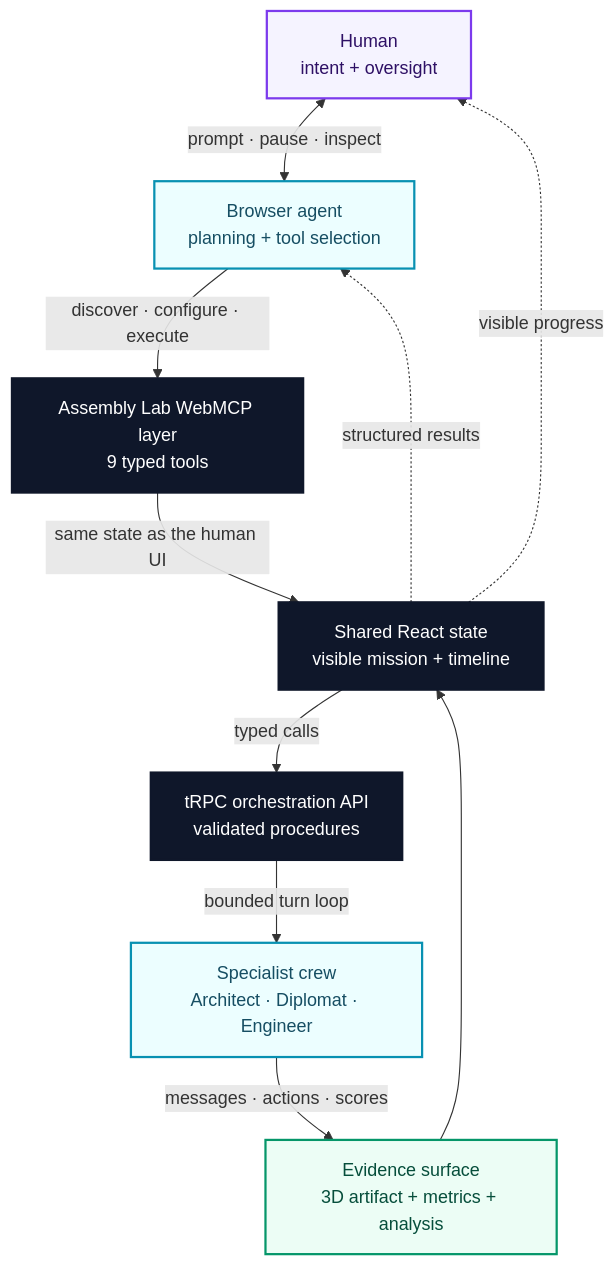
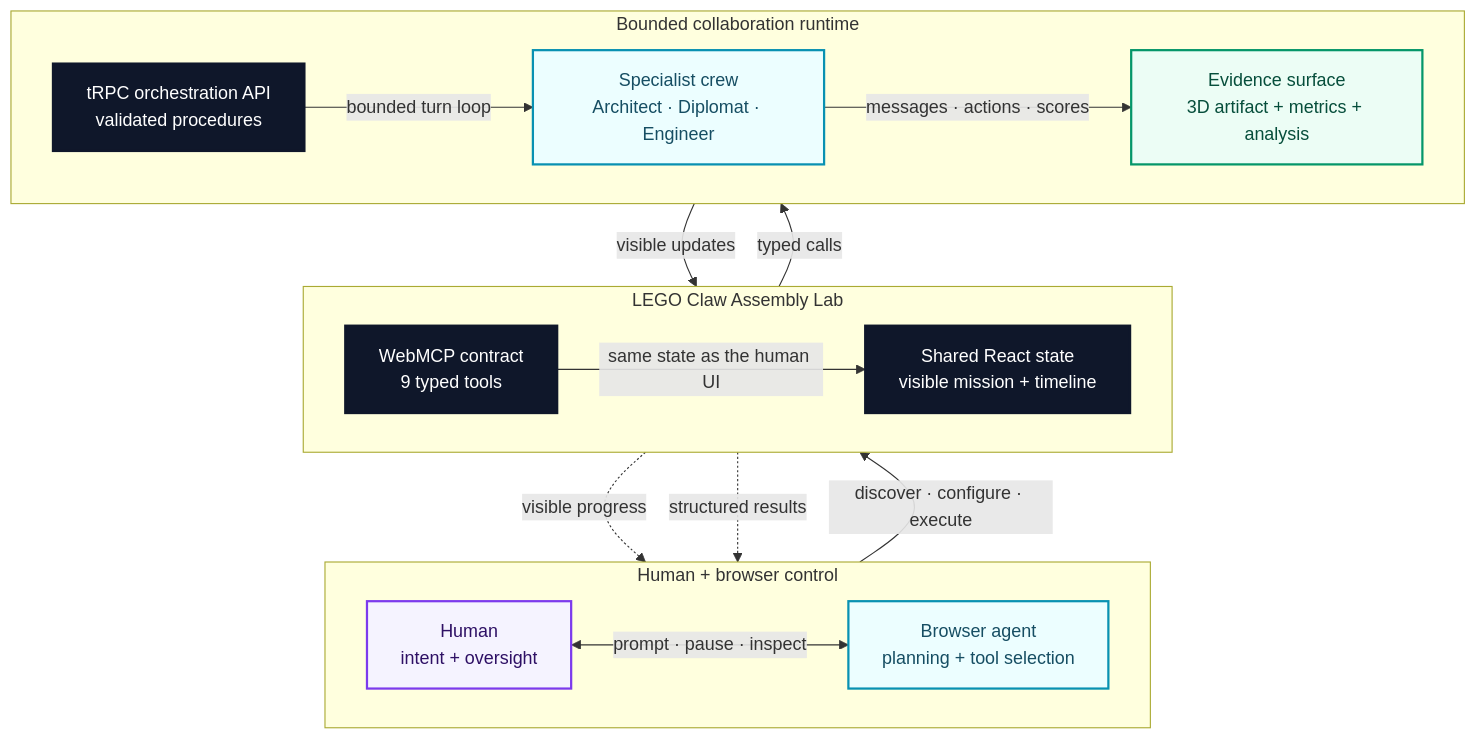
Before and after one commit to mlmrx/lego-claw-platform: the diagram in docs/webmcp-architecture.mmd, drawn with Mermaid. The commit also changed 22 other files, not shown here.

Commit message:
docs: assemble complete WebMCP submission package

```diff
--- a/docs/webmcp-architecture.mmd
+++ b/docs/webmcp-architecture.mmd
@@ -1,27 +1,38 @@
 flowchart TB
-  Human["Human\nintent + oversight"]
-  Browser["Browser agent\nplanning + tool selection"]
-  WebMCP["Assembly Lab WebMCP layer\n9 typed tools"]
-  UI["Shared React state\nvisible mission + timeline"]
-  API["tRPC orchestration API\nvalidated procedures"]
-  Crew["Specialist crew\nArchitect · Diplomat · Engineer"]
-  Artifact["Evidence surface\n3D artifact + metrics + analysis"]
+  subgraph Control["Human + browser control"]
+    direction LR
+    Human["Human\nintent + oversight"]
+    Browser["Browser agent\nplanning + tool selection"]
+    Human <-->|"prompt · pause · inspect"| Browser
+  end
 
-  Human <-->|"prompt · pause · inspect"| Browser
+  subgraph Page["LEGO Claw Assembly Lab"]
+    direction LR
+    WebMCP["WebMCP contract\n9 typed tools"]
+    UI["Shared React state\nvisible mission + timeline"]
+    WebMCP -->|"same state as the human UI"| UI
+  end
+
+  subgraph Runtime["Bounded collaboration runtime"]
+    direction LR
+    API["tRPC orchestration API\nvalidated procedures"]
+    Crew["Specialist crew\nArchitect · Diplomat · Engineer"]
+    Artifact["Evidence surface\n3D artifact + metrics + analysis"]
+    API -->|"bounded turn loop"| Crew
+    Crew -->|"messages · actions · scores"| Artifact
+  end
+
   Browser -->|"discover · configure · execute"| WebMCP
-  WebMCP -->|"same state as the human UI"| UI
   UI -->|"typed calls"| API
-  API -->|"bounded turn loop"| Crew
-  Crew -->|"messages · actions · scores"| Artifact
-  Artifact --> UI
+  Artifact -->|"visible updates"| UI
   UI -.->|"visible progress"| Human
   UI -.->|"structured results"| Browser
 
   classDef human fill:#F5F3FF,stroke:#7C3AED,color:#2E1065,stroke-width:2px
   classDef agent fill:#ECFEFF,stroke:#0891B2,color:#164E63,stroke-width:2px
   classDef core fill:#0F172A,stroke:#0F172A,color:#FFFFFF,stroke-width:2px
   classDef evidence fill:#ECFDF5,stroke:#059669,color:#064E3B,stroke-width:2px
   class Human human
   class Browser,Crew agent
   class WebMCP,UI,API core
   class Artifact evidence
```
